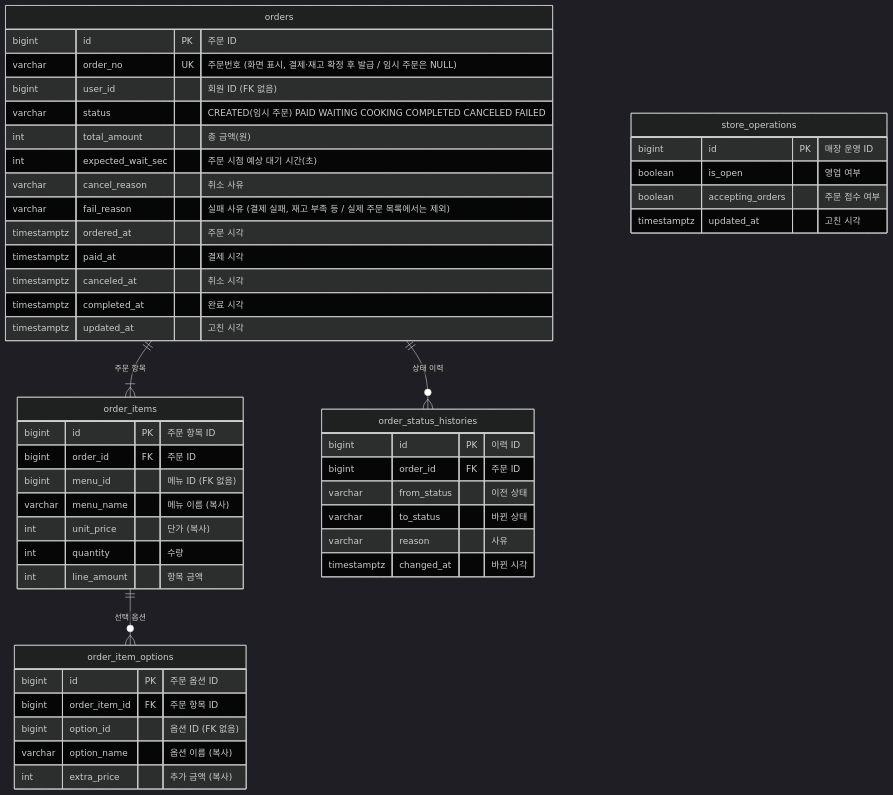
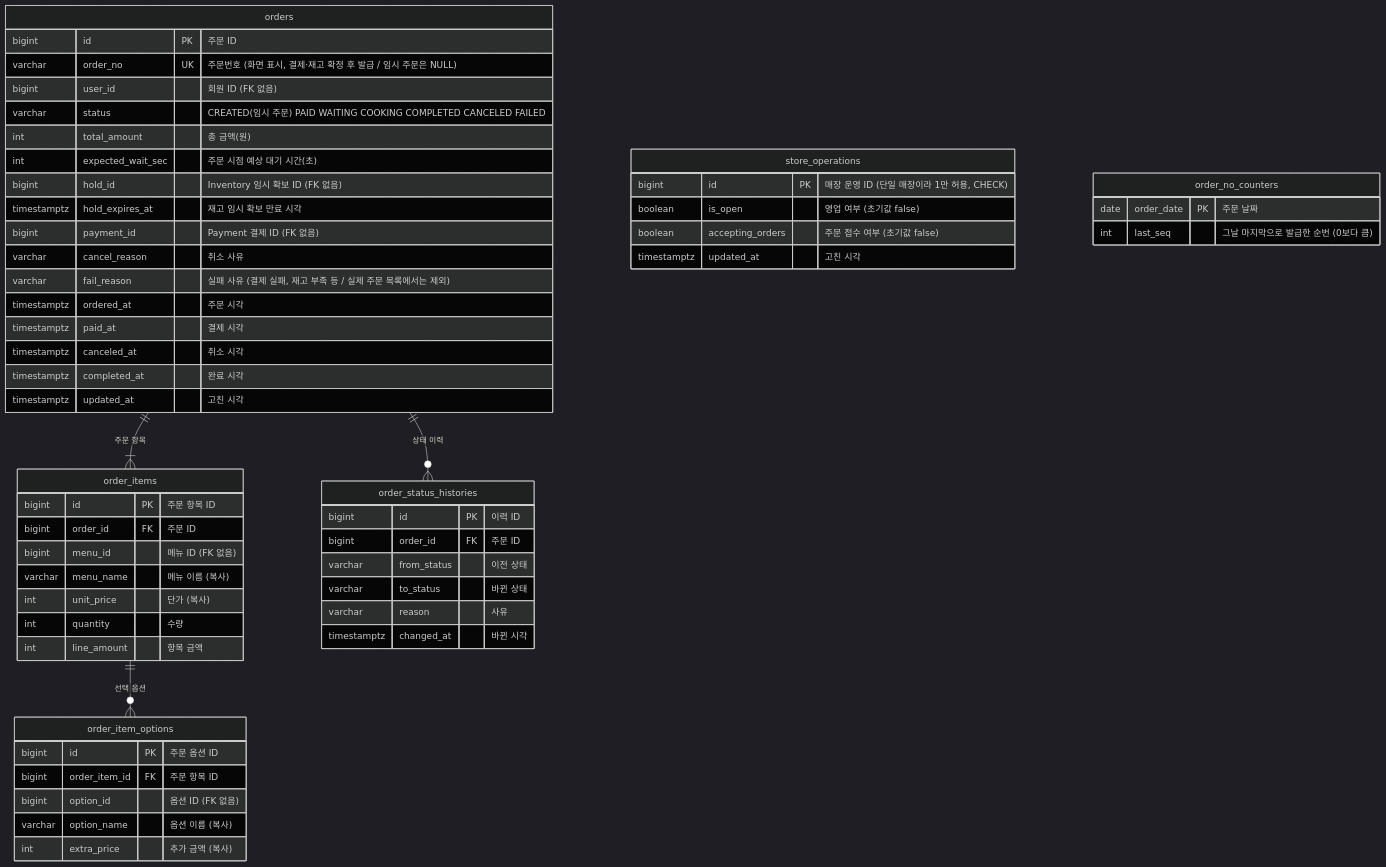
One commit to ktcloud-cloudnative-2026/team02-5xx changed the fourth of 9 diagrams in docs/erd/notion-draft.md. Above: the diagram before and after it, drawn with Mermaid (dark theme). The commit also changed other lines of this file, not shown here.

Commit message:
docs: ERD 초안에 Order 구현(Flyway V1~V3) 내용 반영 (#97)

````diff
--- a/docs/erd/notion-draft.md
+++ b/docs/erd/notion-draft.md
@@ -187,56 +192,64 @@
 ```mermaid
 erDiagram
     orders ||--|{ order_items : "주문 항목"
     order_items ||--o{ order_item_options : "선택 옵션"
     orders ||--o{ order_status_histories : "상태 이력"
 
     orders {
         bigint id PK "주문 ID"
         varchar order_no UK "주문번호 (화면 표시, 결제·재고 확정 후 발급 / 임시 주문은 NULL)"
         bigint user_id "회원 ID (FK 없음)"
         varchar status "CREATED(임시 주문) PAID WAITING COOKING COMPLETED CANCELED FAILED"
         int total_amount "총 금액(원)"
         int expected_wait_sec "주문 시점 예상 대기 시간(초)"
+        bigint hold_id "Inventory 임시 확보 ID (FK 없음)"
+        timestamptz hold_expires_at "재고 임시 확보 만료 시각"
+        bigint payment_id "Payment 결제 ID (FK 없음)"
         varchar cancel_reason "취소 사유"
         varchar fail_reason "실패 사유 (결제 실패, 재고 부족 등 / 실제 주문 목록에서는 제외)"
         timestamptz ordered_at "주문 시각"
         timestamptz paid_at "결제 시각"
         timestamptz canceled_at "취소 시각"
         timestamptz completed_at "완료 시각"
         timestamptz updated_at "고친 시각"
     }
 
     order_items {
         bigint id PK "주문 항목 ID"
         bigint order_id FK "주문 ID"
         bigint menu_id "메뉴 ID (FK 없음)"
         varchar menu_name "메뉴 이름 (복사)"
         int unit_price "단가 (복사)"
         int quantity "수량"
         int line_amount "항목 금액"
     }
 
     order_item_options {
         bigint id PK "주문 옵션 ID"
         bigint order_item_id FK "주문 항목 ID"
         bigint option_id "옵션 ID (FK 없음)"
         varchar option_name "옵션 이름 (복사)"
         int extra_price "추가 금액 (복사)"
     }
 
     order_status_histories {
         bigint id PK "이력 ID"
         bigint order_id FK "주문 ID"
         varchar from_status "이전 상태"
         varchar to_status "바뀐 상태"
         varchar reason "사유"
         timestamptz changed_at "바뀐 시각"
     }
 
     store_operations {
-        bigint id PK "매장 운영 ID"
-        boolean is_open "영업 여부"
-        boolean accepting_orders "주문 접수 여부"
+        bigint id PK "매장 운영 ID (단일 매장이라 1만 허용, CHECK)"
+        boolean is_open "영업 여부 (초기값 false)"
+        boolean accepting_orders "주문 접수 여부 (초기값 false)"
         timestamptz updated_at "고친 시각"
     }
+
+    order_no_counters {
+        date order_date PK "주문 날짜"
+        int last_seq "그날 마지막으로 발급한 순번 (0보다 큼)"
+    }
 ```
````
